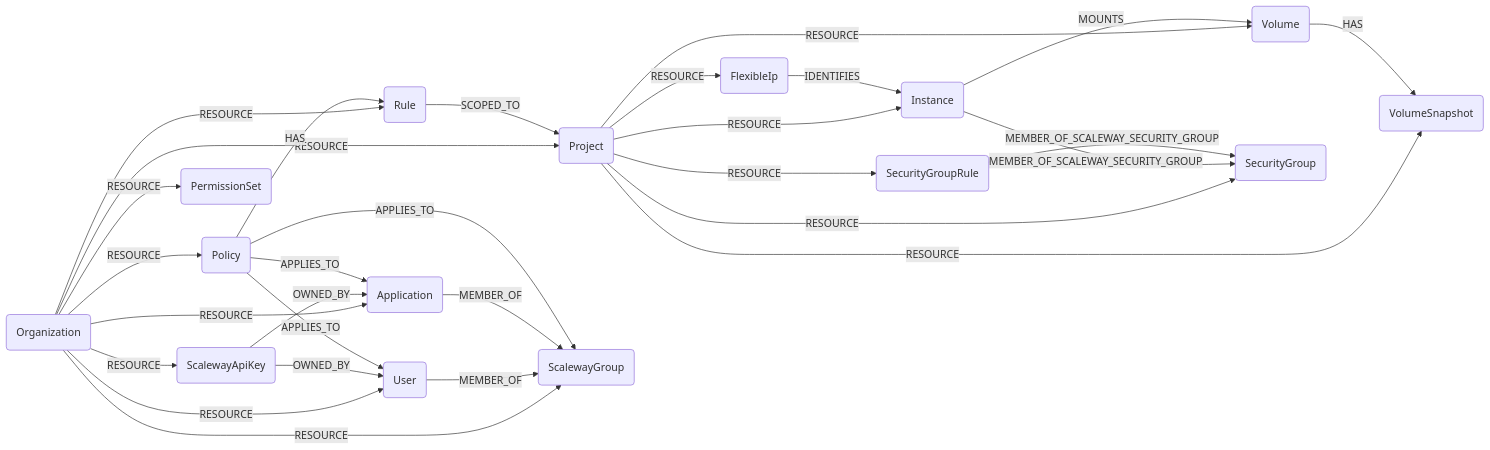
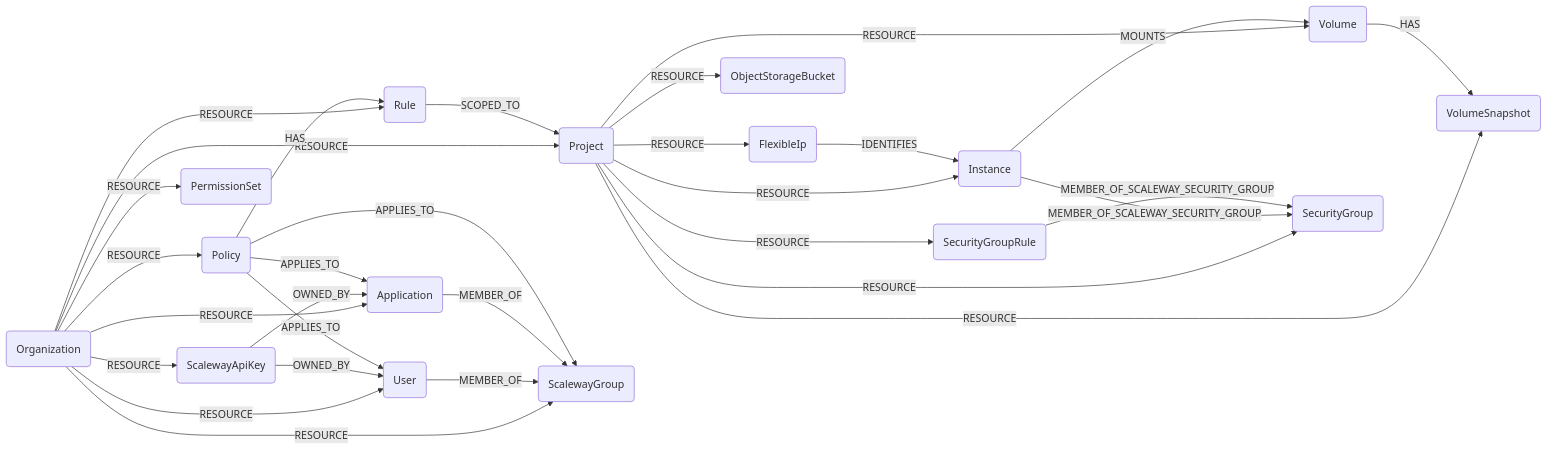
Before and after one commit to cartography-cncf/cartography: the diagram in docs/root/modules/scaleway/schema.md, drawn with Mermaid. The commit also changed other lines of this file and 8 other files, not shown here.

First line of the commit message:
feat(scaleway): add object storage buckets

````diff
--- a/docs/root/modules/scaleway/schema.md
+++ b/docs/root/modules/scaleway/schema.md
@@ -3,31 +3,32 @@
 ```mermaid
 graph LR
 ORG(Organization) -- RESOURCE --> PRJ(Project)
 ORG -- RESOURCE --> APP(Application)
 ORG -- RESOURCE --> USR(User)
 ORG -- RESOURCE --> GRP(ScalewayGroup)
 ORG -- RESOURCE --> APIKEY(ScalewayApiKey)
 ORG -- RESOURCE --> POL(Policy)
 ORG -- RESOURCE --> RULE(Rule)
 ORG -- RESOURCE --> PS(PermissionSet)
 PRJ -- RESOURCE --> INS(Instance)
 PRJ -- RESOURCE --> FIP(FlexibleIp)
 PRJ -- RESOURCE --> VOL(Volume)
 PRJ -- RESOURCE --> SNAP(VolumeSnapshot)
 PRJ -- RESOURCE --> SG(SecurityGroup)
 PRJ -- RESOURCE --> SGR(SecurityGroupRule)
+PRJ -- RESOURCE --> BKT(ObjectStorageBucket)
 INS -- MOUNTS --> VOL
 INS -- MEMBER_OF_SCALEWAY_SECURITY_GROUP --> SG
 SGR -- MEMBER_OF_SCALEWAY_SECURITY_GROUP --> SG
 FIP -- IDENTIFIES --> INS
 VOL -- HAS --> SNAP
 USR -- MEMBER_OF --> GRP(ScalewayGroup)
 APIKEY(ScalewayApiKey) -- OWNED_BY --> USR
 APP -- MEMBER_OF --> GRP(ScalewayGroup)
 APIKEY -- OWNED_BY --> APP
 POL -- APPLIES_TO --> USR
 POL -- APPLIES_TO --> GRP
 POL -- APPLIES_TO --> APP
 POL -- HAS --> RULE(Rule)
 RULE -- SCOPED_TO --> PRJ
 ```
````
